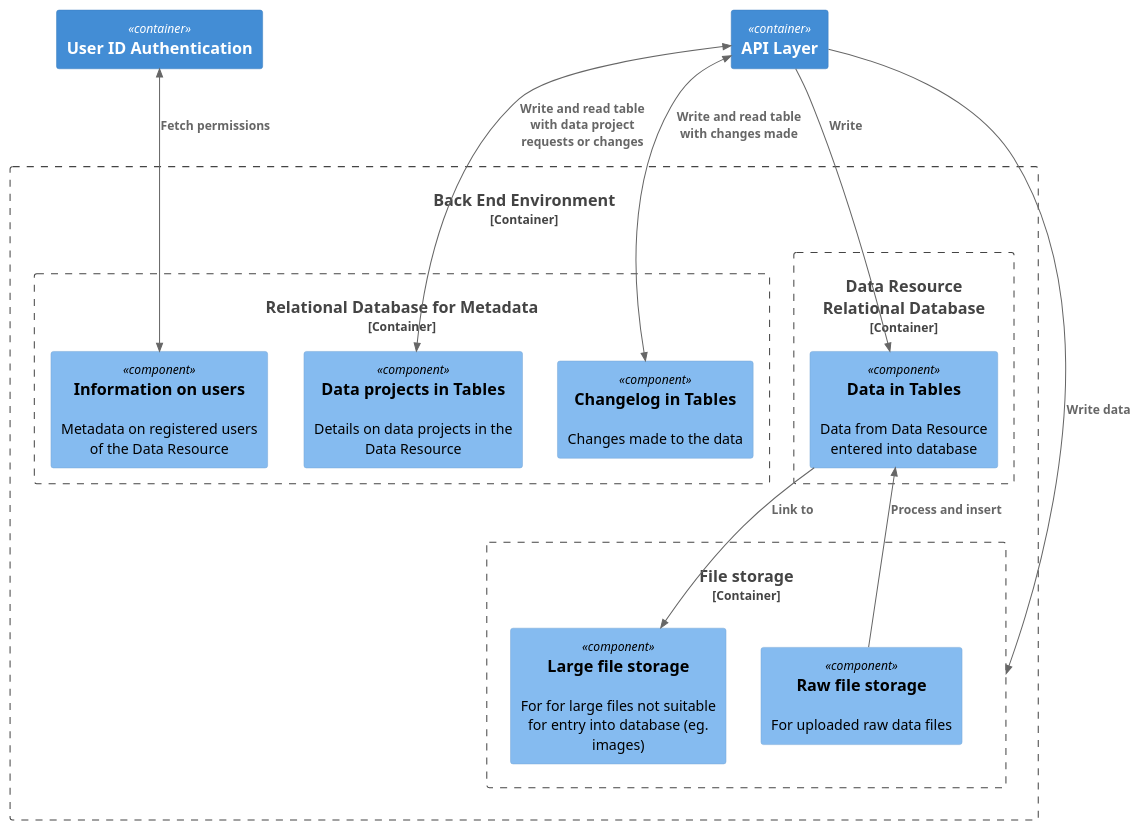
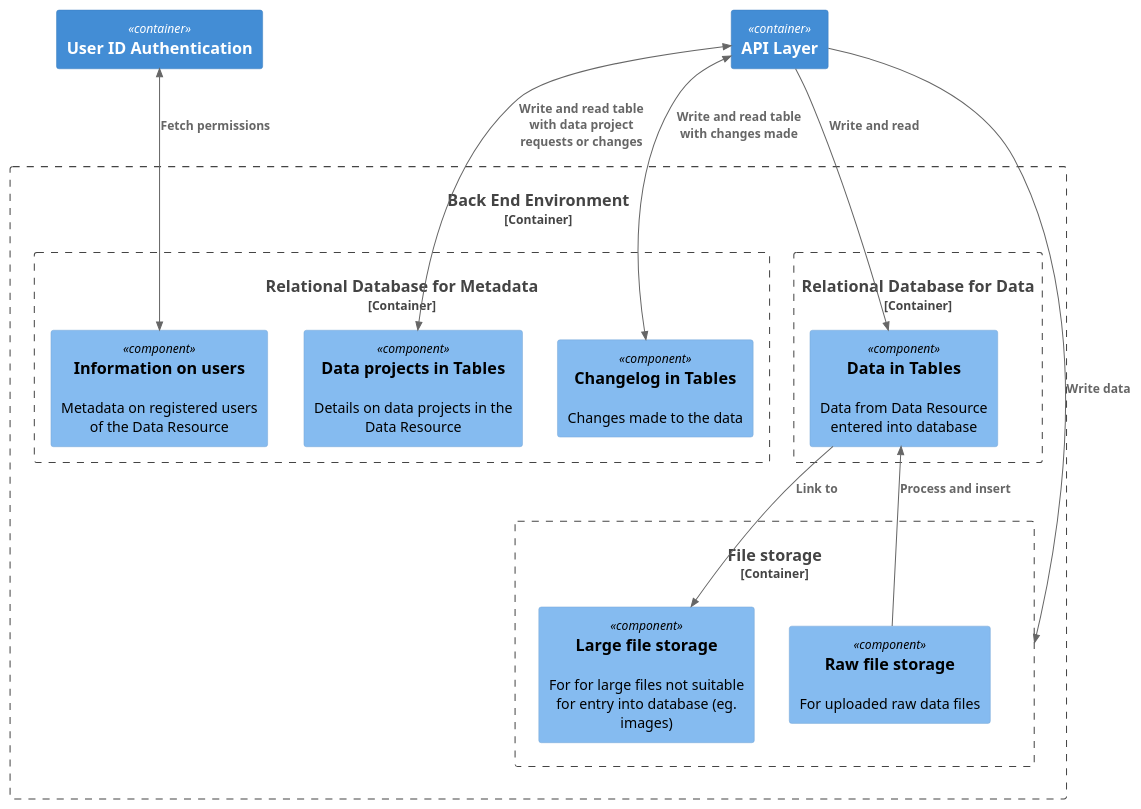
The diagram in design/images/component-backend.puml (seedcase-project/seedcase-website), drawn with PlantUML before and after one commit.

Commit message:
fixes based on comments

```diff
--- a/design/images/component-backend.puml
+++ b/design/images/component-backend.puml
@@ -1,45 +1,45 @@
 @startuml 
 !include  https://raw.githubusercontent.com/plantuml-stdlib/C4-PlantUML/master/C4_Component.puml
 
 ' Component diagram for The Seedcase product - Backend: File Storage
 
 Container(uia, "User ID Authentication")
 Container(api, "API Layer")
 
 Container_Boundary(bee, "Back End Environment") {
   Container_Boundary(rdb_metadata, "Relational Database for Metadata") {
     Component(data_projects, "Data projects in Tables", $descr="Details on data projects in the Data Resource")
     Component(changelog, "Changelog in Tables", $descr="Changes made to the data")
     Component(user_info, "Information on users", $descr="Metadata on registered users of the Data Resource")
     ' TODO: Not sure what to do about these.
     ' Component(data_dictionary, "Resource data dictionary", "the data dictionary unique to the data Resource")
     ' Component(cdm_data, "Common Data Models", "pre-loaded data dictionaries from common data models")
   }
-  Container_Boundary(rdb_data, "Data Resource\nRelational Database") {
+  Container_Boundary(rdb_data, "Relational Database for Data") {
     Component(dt, "Data in Tables", $descr="Data from Data Resource entered into database")
     ' TODO: Not sure what to do about these.
     ' Component(data_dictionary, "Resource data dictionary", "the data dictionary unique to the data Resource")
     ' Component(cdm_data, "Common Data Models", "pre-loaded data dictionaries from common data models")
     ' Component(schema, "Schema Metadata", "Schema data pre-loaded?")
   }
   Container_Boundary(fs, "File storage") {
     Component(raw_file, "Raw file storage", $descr="For uploaded raw data files")
     Component(large_file, "Large file storage", $descr="For for large files not suitable for entry into database (eg. images)")
   }
 }
 
 Rel(api, fs, "Write data")
 
-Rel(api, dt, "Write")
+Rel(api, dt, "Write and read")
 BiRel(api, changelog, "Write and read table with changes made")
 BiRel(api, data_projects, "Write and read table with data project requests or changes")
 
 Rel(raw_file, dt, "Process and insert")
 Rel(dt, large_file, "Link to")
 
 BiRel(uia, user_info, "Fetch permissions")
 
 ' TODO: Not sure what to do about these yet.
 ' Rel(api, data_dictionary, "reads data from")
 ' Rel(data_dictionary, cdm_data, "may copy data from")
 @enduml
```
